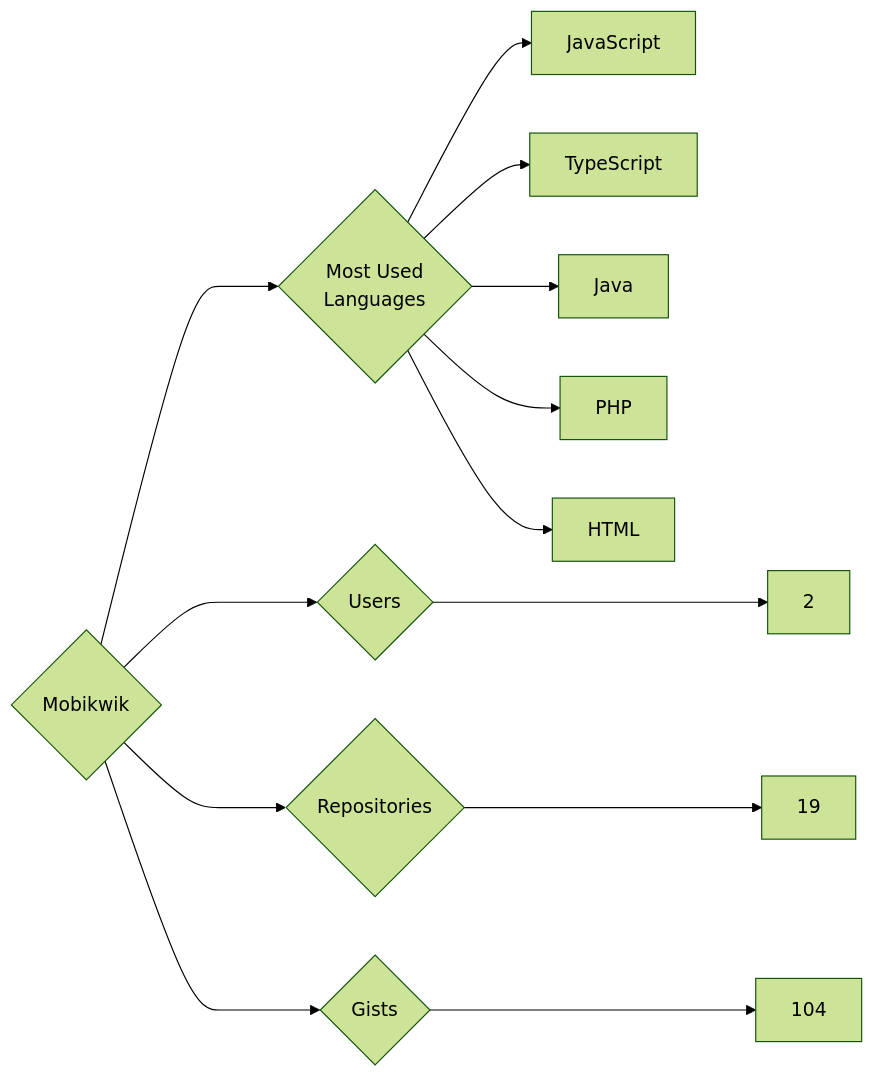
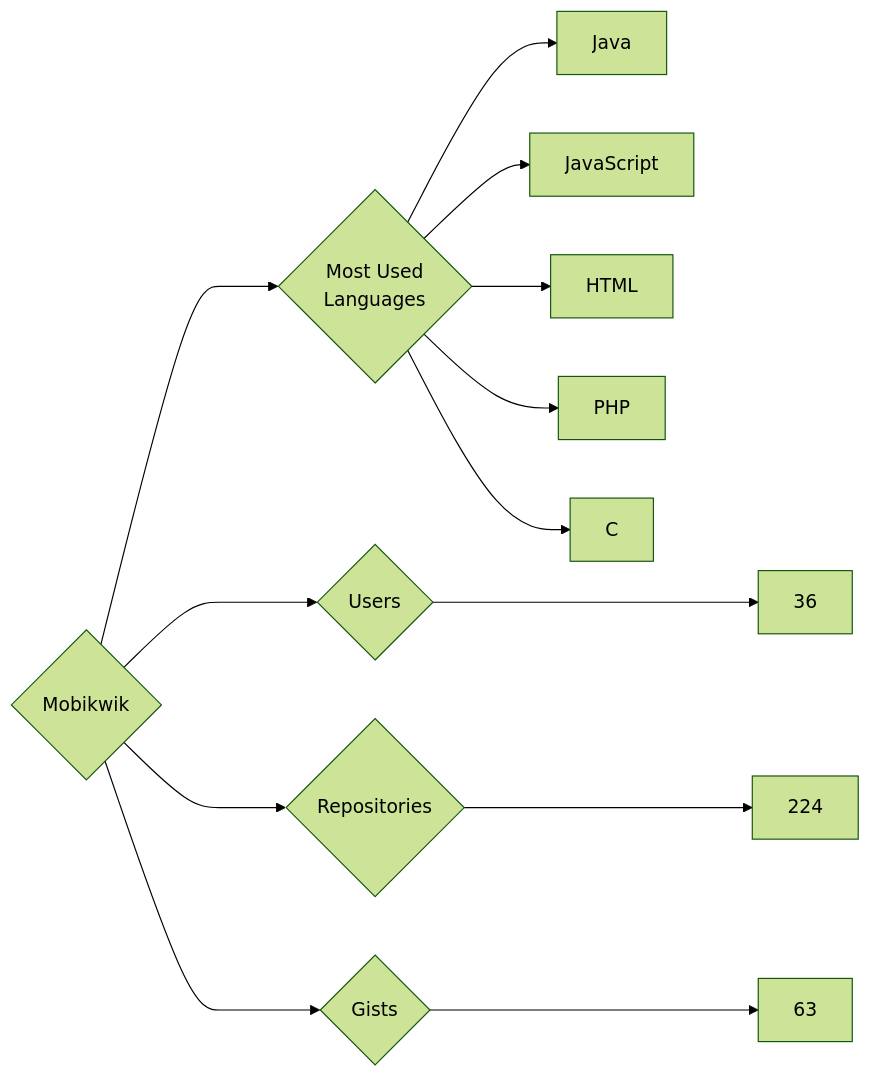
One commit to trickest/insiders changed the diagram in targets/Mobikwik/README.md. Above: the diagram before and after it, drawn with Mermaid (forest theme). The commit also changed 773 other files, not shown here.

````diff
--- a/targets/Mobikwik/README.md
+++ b/targets/Mobikwik/README.md
@@ -3,13 +3,13 @@
 ```mermaid
 graph LR
 COMPANY_NAME{Mobikwik}
-COMPANY_NAME ---> U{Users} ---> UN[2]
-COMPANY_NAME ---> R{Repositories} ---> RN[19]
-COMPANY_NAME ---> G{Gists} ---> GN[104]
+COMPANY_NAME ---> U{Users} ---> UN[36]
+COMPANY_NAME ---> R{Repositories} ---> RN[224]
+COMPANY_NAME ---> G{Gists} ---> GN[63]
 COMPANY_NAME ---> ML{Most Used<br>Languages}
+ML --> Java[Java]
 ML --> JavaScript[JavaScript]
-ML --> TypeScript[TypeScript]
-ML --> Java[Java]
+ML --> HTML[HTML]
 ML --> PHP[PHP]
-ML --> HTML[HTML]
+ML --> C[C]
 ```
````
